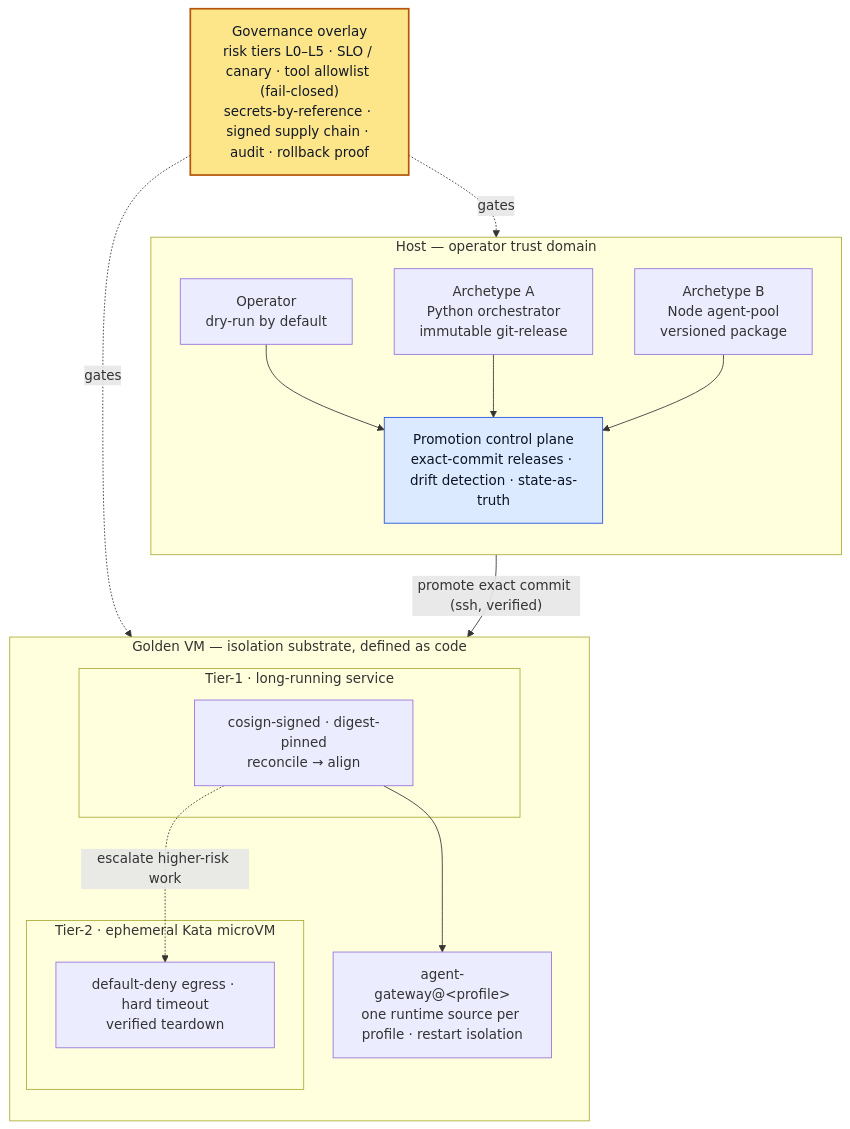
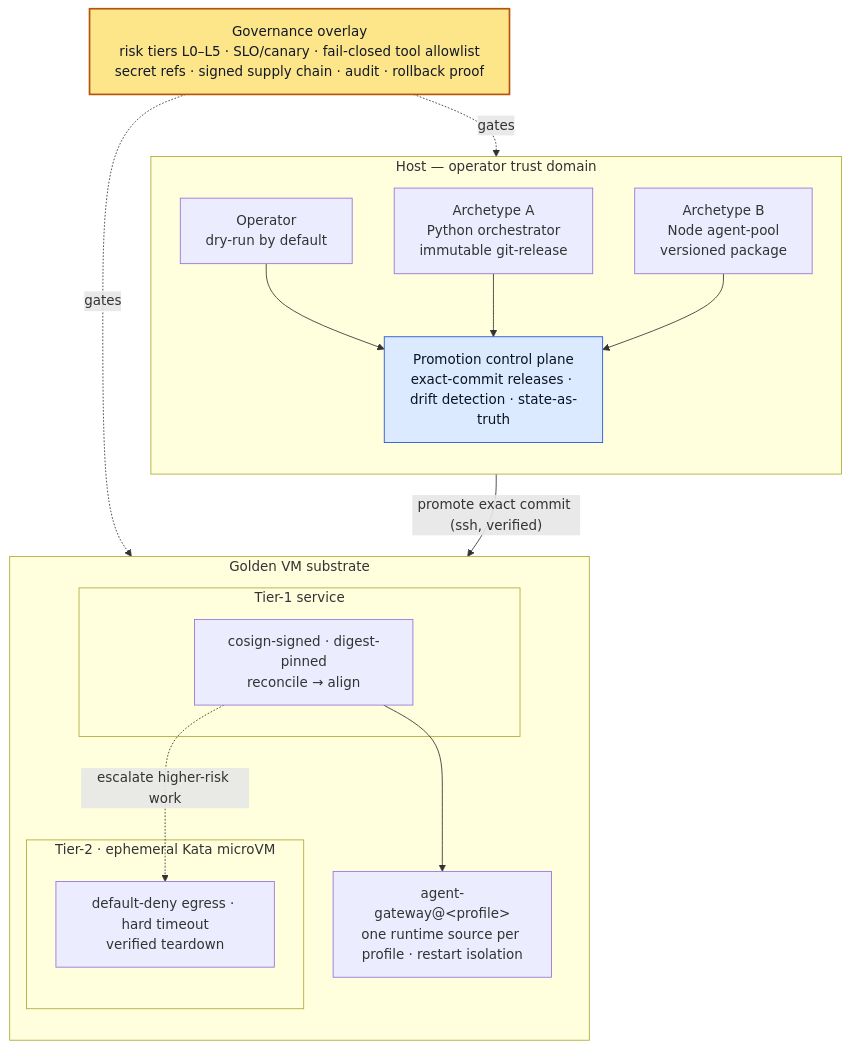
Before and after one commit to sambegui/agent-vm: the diagram in README.md, drawn with Mermaid.

Commit message:
docs: improve overview diagram spacing

````diff
--- a/README.md
+++ b/README.md
@@ -26,35 +26,35 @@
 ```mermaid
 flowchart TB
     classDef gov fill:#fde68a,stroke:#b45309,stroke-width:2px,color:#111827;
     classDef plane fill:#dbeafe,stroke:#1d4ed8,color:#0b1324;
 
     subgraph HOST["Host — operator trust domain"]
         direction TB
         OP["Operator<br/>dry-run by default"]
         A["Archetype A<br/>Python orchestrator<br/>immutable git-release"]
         B["Archetype B<br/>Node agent-pool<br/>versioned package"]
         CP["Promotion control plane<br/>exact-commit releases · drift detection · state-as-truth"]:::plane
         OP --> CP
         A --> CP
         B --> CP
     end
 
-    GOV["Governance overlay<br/>risk tiers L0–L5 · SLO / canary · tool allowlist (fail-closed)<br/>secrets-by-reference · signed supply chain · audit · rollback proof"]:::gov
+    GOV["Governance overlay<br/>risk&nbsp;tiers&nbsp;L0–L5&nbsp;·&nbsp;SLO/canary&nbsp;·&nbsp;fail-closed&nbsp;tool&nbsp;allowlist<br/>secret&nbsp;refs&nbsp;·&nbsp;signed&nbsp;supply&nbsp;chain&nbsp;·&nbsp;audit&nbsp;·&nbsp;rollback&nbsp;proof"]:::gov
 
-    subgraph VM["Golden VM — isolation substrate, defined as code"]
+    subgraph VM["Golden VM substrate"]
         direction TB
-        subgraph T1["Tier-1 · long-running service"]
+        subgraph T1["Tier-1 service"]
             T1S["cosign-signed · digest-pinned<br/>reconcile → align"]
         end
         subgraph T2["Tier-2 · ephemeral Kata microVM"]
             T2J["default-deny egress · hard timeout<br/>verified teardown"]
         end
         GW["agent-gateway@&lt;profile&gt;<br/>one runtime source per profile · restart isolation"]
         T1S --> GW
         T1S -.->|"escalate higher-risk work"| T2J
     end
 
     CP -->|"promote exact commit (ssh, verified)"| T1S
     GOV -.->|gates| CP
     GOV -.->|gates| VM
 ```
````
